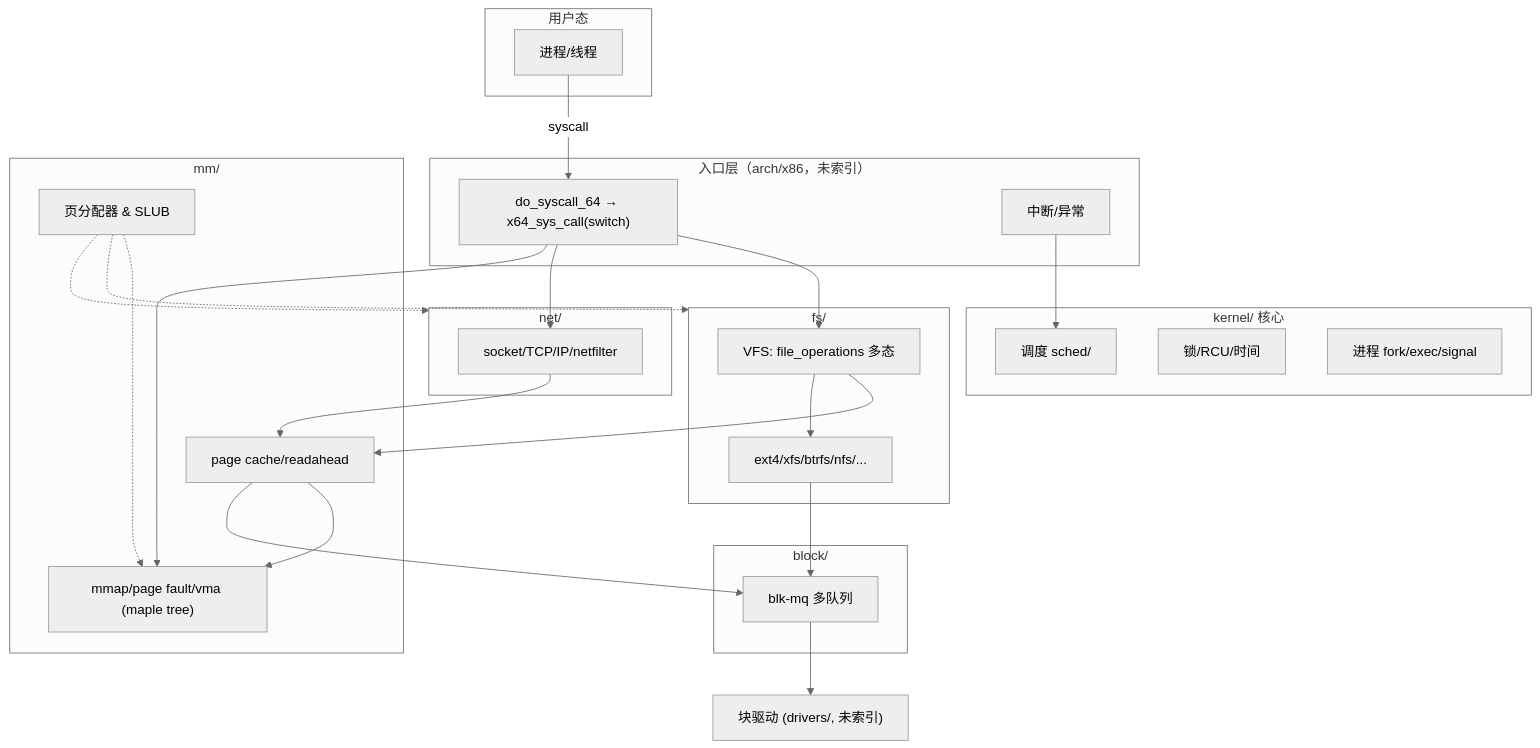
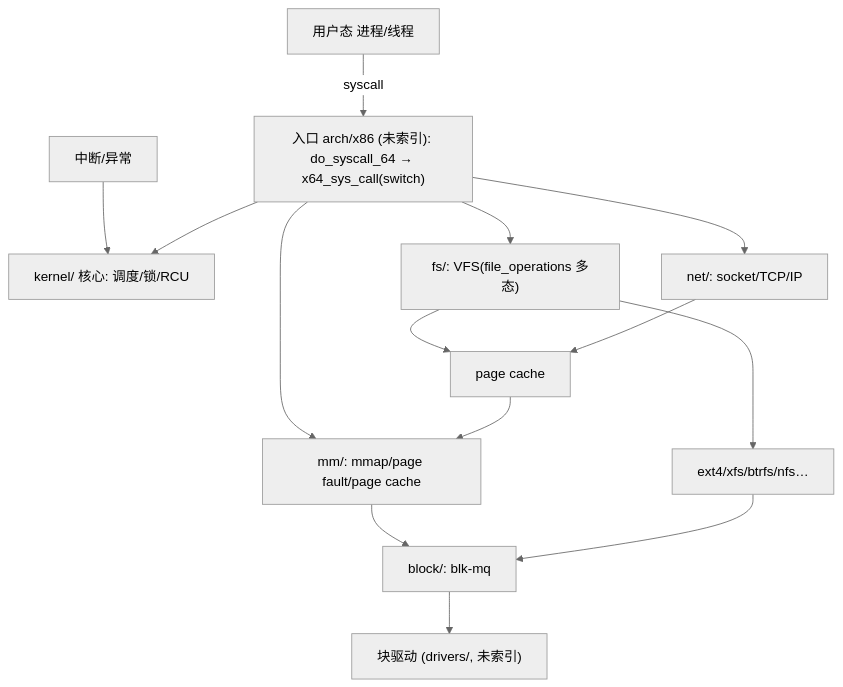
The first of 3 diagrams in reports/linux-kernel-7.2.3-architecture.md (quqiufeng/my_db), drawn with Mermaid (neutral theme) before and after one commit. The commit also changed other lines of this file and 1 other file, not shown here.

````diff
--- a/reports/linux-kernel-7.2.3-architecture.md
+++ b/reports/linux-kernel-7.2.3-architecture.md
@@ -32,44 +32,16 @@
 ```mermaid
 flowchart TB
-    subgraph U["用户态"]
-        P["进程/线程"]
-    end
-    subgraph ENTRY["入口层（arch/x86，未索引）"]
-        SC["do_syscall_64 → x64_sys_call(switch)"]
-        INT["中断/异常"]
-    end
-    subgraph CORE["kernel/ 核心"]
-        SCH["调度 sched/"]
-        LOCK["锁/RCU/时间"]
-        FORK["进程 fork/exec/signal"]
-    end
-    subgraph MM["mm/"]
-        VM["mmap/page fault/vma (maple tree)"]
-        PC["page cache/readahead"]
-        ALLOC["页分配器 & SLUB"]
-    end
-    subgraph FS["fs/"]
-        VFS["VFS: file_operations 多态"]
-        REALFS["ext4/xfs/btrfs/nfs/..."]
-    end
-    subgraph NET["net/"]
-        SOCK["socket/TCP/IP/netfilter"]
-    end
-    subgraph BLK["block/"]
-        MQ["blk-mq 多队列"]
-    end
-    P -->|syscall| SC
-    INT --> SCH
-    SC --> VFS
-    SC --> SOCK
-    SC --> VM
-    VFS --> PC --> VM
-    VFS --> REALFS
-    SOCK --> PC
+    U["用户态 进程/线程"] -->|syscall| ENTRY["入口 arch/x86 (未索引): do_syscall_64 → x64_sys_call(switch)"]
+    IRQ["中断/异常"] --> CORE
+    ENTRY --> CORE["kernel/ 核心: 调度/锁/RCU"]
+    ENTRY --> FS["fs/: VFS(file_operations 多态)"]
+    ENTRY --> NET["net/: socket/TCP/IP"]
+    ENTRY --> MM["mm/: mmap/page fault/page cache"]
+    FS --> PC["page cache"]
+    PC --> MM
+    NET --> PC
+    FS --> REALFS["ext4/xfs/btrfs/nfs…"]
+    MM --> MQ["block/: blk-mq"]
     REALFS --> MQ
-    PC --> MQ
-    ALLOC -.-> VM
-    ALLOC -.-> FS
-    ALLOC -.-> NET
     MQ --> DRV["块驱动 (drivers/, 未索引)"]
 ```
````
